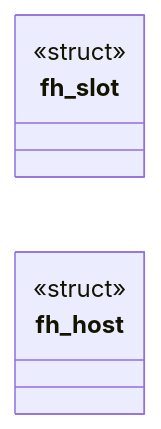
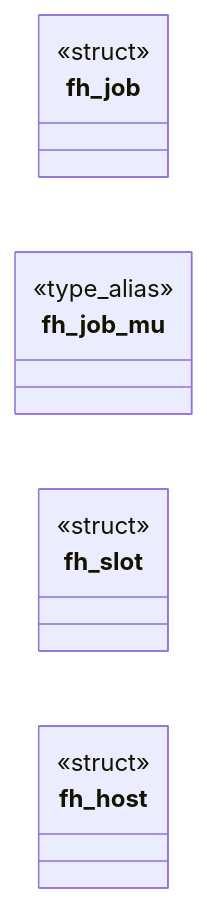
Before and after one commit to grisuno/FreeDom: the first of 2 diagrams in readmenator-apidocs/modules/src.frame_host.c.md, drawn with Mermaid. The commit also changed other lines of this file and 182 other files, not shown here.

````diff
--- a/readmenator-apidocs/modules/src.frame_host.c.md
+++ b/readmenator-apidocs/modules/src.frame_host.c.md
@@ -12,8 +12,12 @@
 ```mermaid
 classDiagram
     direction LR
+    class fh_job
+    <<struct>> fh_job
+    class fh_job_mu
+    <<type_alias>> fh_job_mu
     class fh_slot
     <<struct>> fh_slot
     class fh_host
     <<struct>> fh_host
 ```
````
